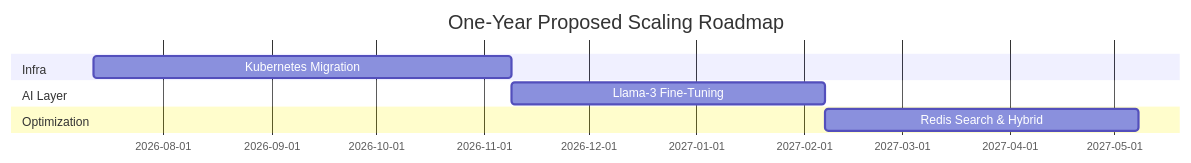
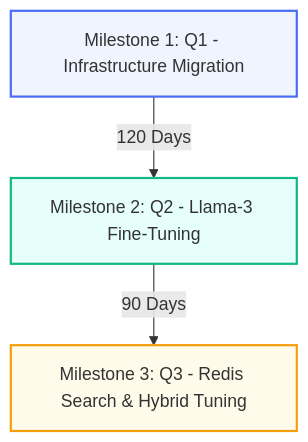
One commit to ruthvikgoud16/Nimblize-demo changed diagram 20 of 21 in docs/Nimblize_Future_Implementation_Roadmap.md. Above: the diagram before and after it, drawn with Mermaid. The commit also changed other lines of this file and 1 other file, not shown here.

Commit message:
Improve future implementation roadmap report design

````diff
--- a/docs/Nimblize_Future_Implementation_Roadmap.md
+++ b/docs/Nimblize_Future_Implementation_Roadmap.md
@@ -772,11 +772,9 @@
 ```mermaid
-gantt
-    title One-Year Proposed Scaling Roadmap
-    dateFormat  YYYY-MM-DD
-    section Infra
-    Kubernetes Migration   :a1, 2026-07-12, 120d
-    section AI Layer
-    Llama-3 Fine-Tuning    :a2, after a1, 90d
-    section Optimization
-    Redis Search & Hybrid  :a3, after a2, 90d
+graph TD
+    M1[Milestone 1: Q1 - Infrastructure Migration] -->|120 Days| M2[Milestone 2: Q2 - Llama-3 Fine-Tuning]
+    M2 -->|90 Days| M3[Milestone 3: Q3 - Redis Search & Hybrid Tuning]
+    
+    style M1 fill:#f0f4ff,stroke:#4a6cf7,stroke-width:2px
+    style M2 fill:#e6fffa,stroke:#10b981,stroke-width:2px
+    style M3 fill:#fffbeb,stroke:#f59e0b,stroke-width:2px
 ```
````
